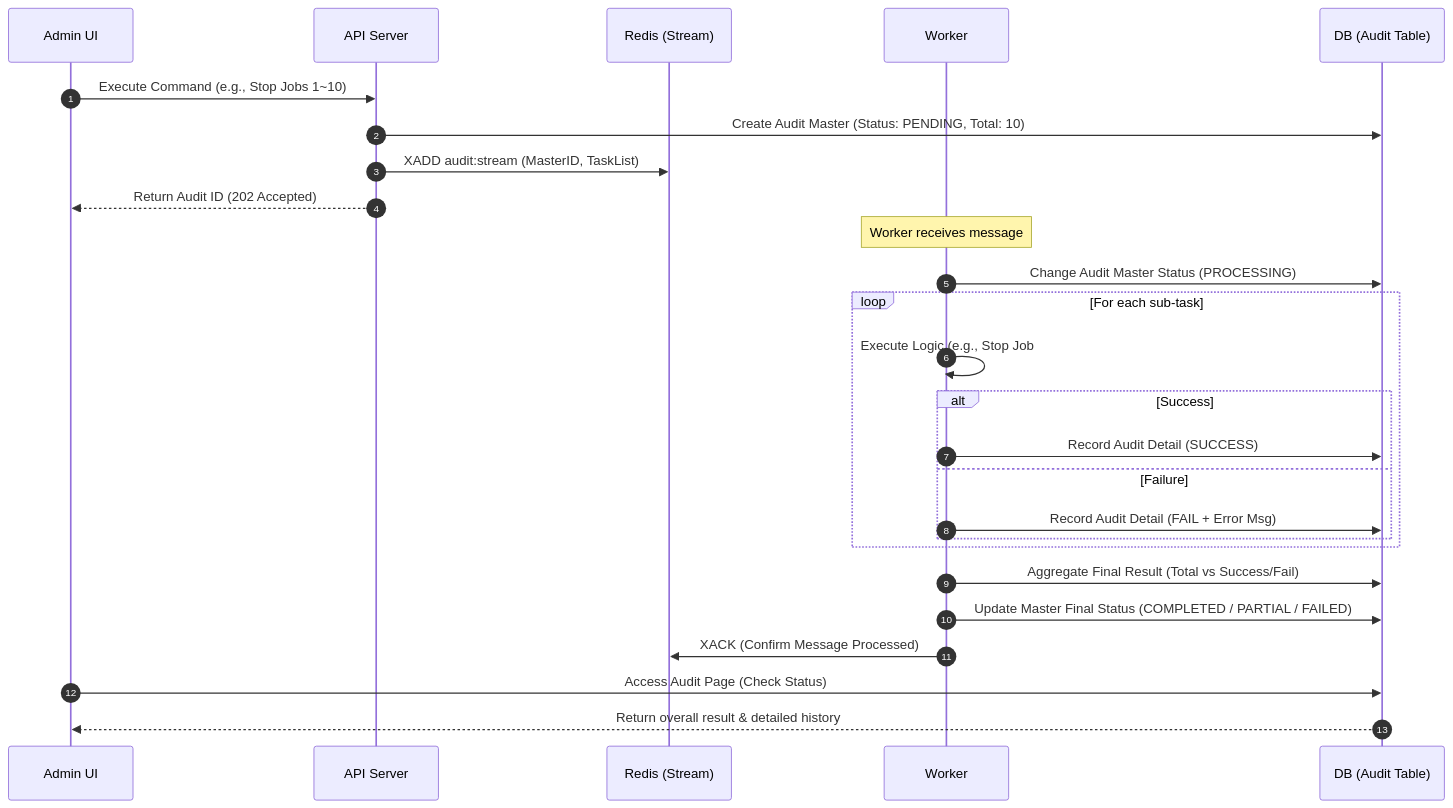
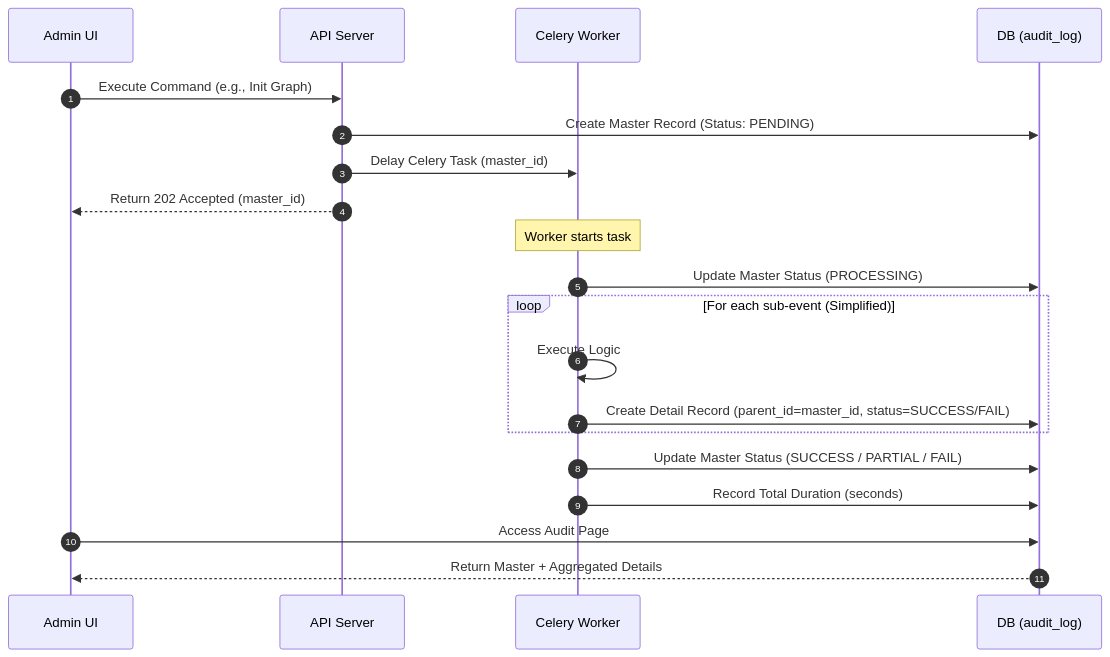
One commit to zer0pool/graph-viz changed the second of 2 diagrams in docs/04.design/2026-02-20_audit_log.md. Above: the diagram before and after it, drawn with Mermaid. The commit also changed other lines of this file and 22 other files, not shown here.

First line of the commit message:
108. Audit Page, Project Page  (#114)

````diff
--- a/docs/04.design/2026-02-20_audit_log.md
+++ b/docs/04.design/2026-02-20_audit_log.md
@@ -49,33 +49,27 @@
 ```mermaid
 sequenceDiagram
     autonumber
     participant U as Admin UI
     participant A as API Server
-    participant R as Redis (Stream)
-    participant W as Worker
-    participant D as DB (Audit Table)
+    participant W as Celery Worker
+    participant D as DB (audit_log)
 
-    U->>A: Execute Command (e.g., Stop Jobs 1~10)
-    A->>D: Create Audit Master (Status: PENDING, Total: 10)
-    A->>R: XADD audit:stream (MasterID, TaskList)
-    A-->>U: Return Audit ID (202 Accepted)
+    U->>A: Execute Command (e.g., Init Graph)
+    A->>D: Create Master Record (Status: PENDING)
+    A->>W: Delay Celery Task (master_id)
+    A-->>U: Return 202 Accepted (master_id)
 
-    Note over W: Worker receives message
-    W->>D: Change Audit Master Status (PROCESSING)
+    Note over W: Worker starts task
+    W->>D: Update Master Status (PROCESSING)
 
-    loop For each sub-task
-        W->>W: Execute Logic (e.g., Stop Job #1)
-        alt Success
-            W->>D: Record Audit Detail (SUCCESS)
-        else Failure
-            W->>D: Record Audit Detail (FAIL + Error Msg)
-        end
+    loop For each sub-event (Simplified)
+        W->>W: Execute Logic
+        W->>D: Create Detail Record (parent_id=master_id, status=SUCCESS/FAIL)
     end
 
-    W->>D: Aggregate Final Result (Total vs Success/Fail)
-    W->>D: Update Master Final Status (COMPLETED / PARTIAL / FAILED)
-    W->>R: XACK (Confirm Message Processed)
+    W->>D: Update Master Status (SUCCESS / PARTIAL / FAIL)
+    W->>D: Record Total Duration (seconds)
     
-    U->>D: Access Audit Page (Check Status)
-    D-->>U: Return overall result & detailed history
+    U->>D: Access Audit Page
+    D-->>U: Return Master + Aggregated Details
 ```
````
